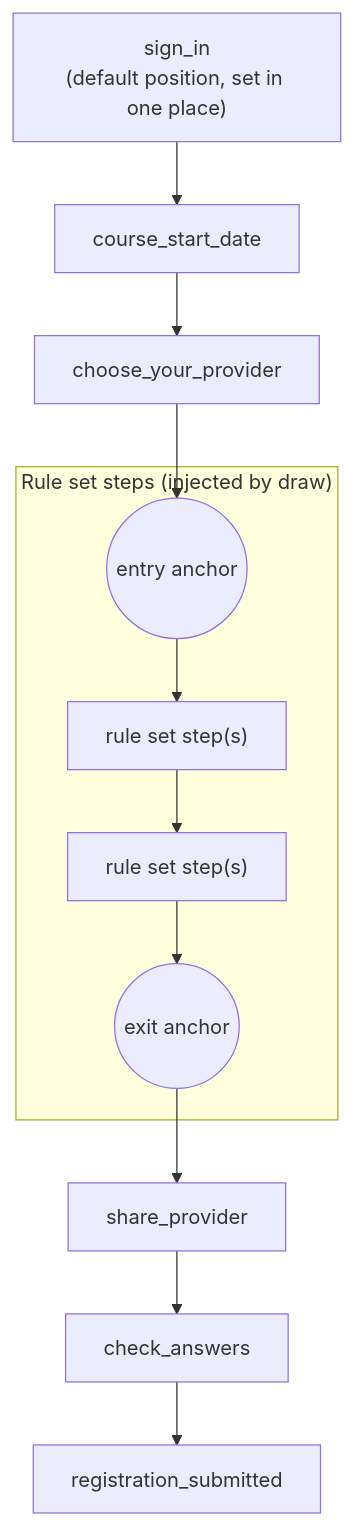
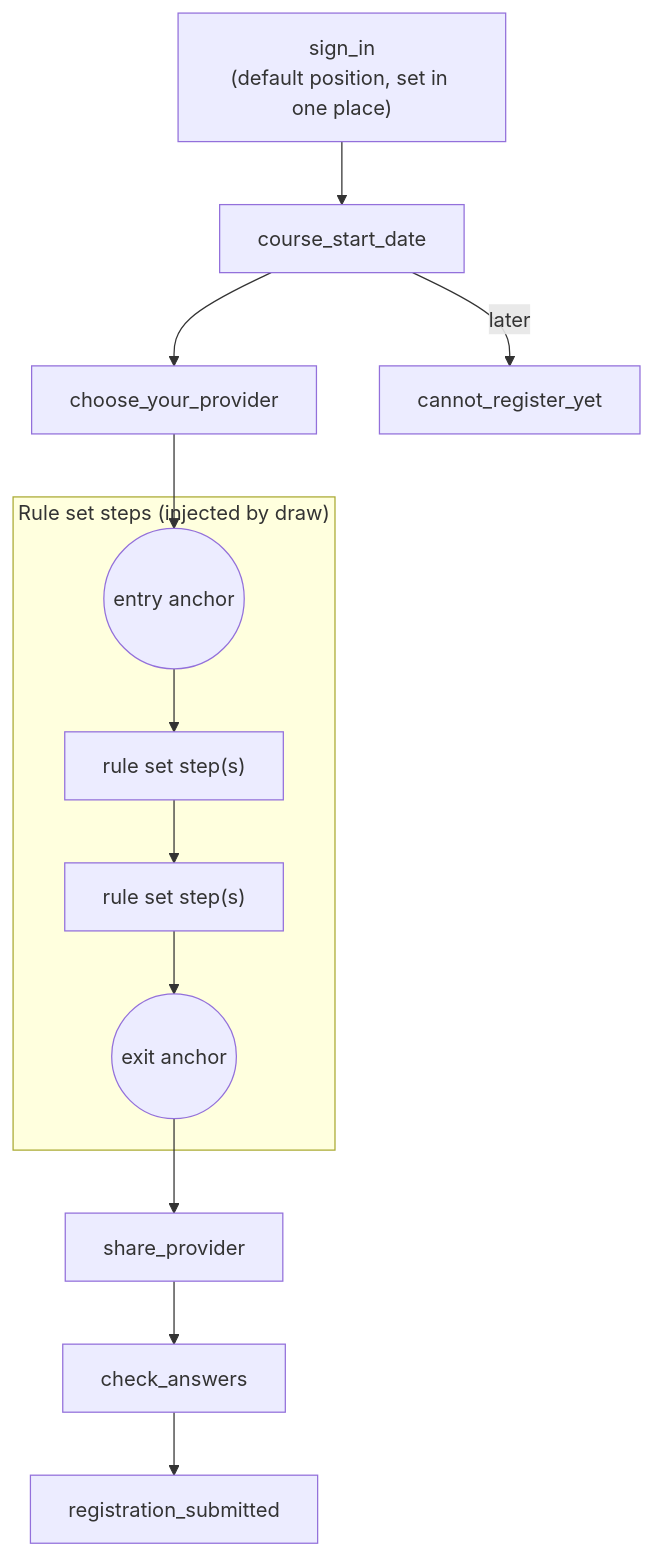
Before and after one commit to DFE-Digital/teacher-training-entitlement: the first of 2 diagrams in documentation/decisions/001-registration-journey-on-dfe-wizard.md, drawn with Mermaid. The commit also changed other lines of this file, not shown here.

````diff
--- a/documentation/decisions/001-registration-journey-on-dfe-wizard.md
+++ b/documentation/decisions/001-registration-journey-on-dfe-wizard.md
@@ -81,14 +89,15 @@
 ```mermaid
 flowchart TD
   sign_in["sign_in<br/>(default position, set in one place)"] --> course_start_date
   course_start_date --> choose_your_provider
+  course_start_date -- "later" --> cannot_register_yet
   choose_your_provider --> entry((entry anchor))
   subgraph rule_set["Rule set steps (injected by draw)"]
     entry --> rs1["rule set step(s)"]
     rs1 --> rs2["rule set step(s)"]
     rs2 --> exit((exit anchor))
   end
   exit --> share_provider
   share_provider --> check_answers
   check_answers --> registration_submitted
 ```
````
